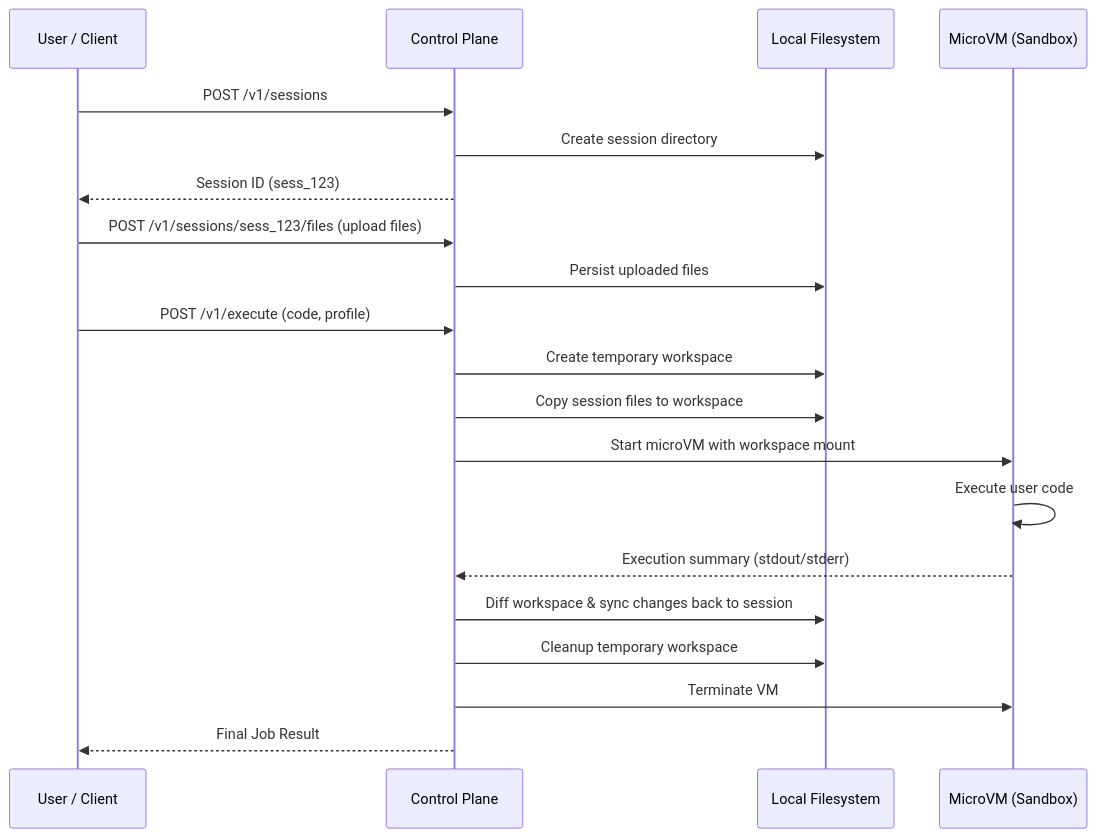
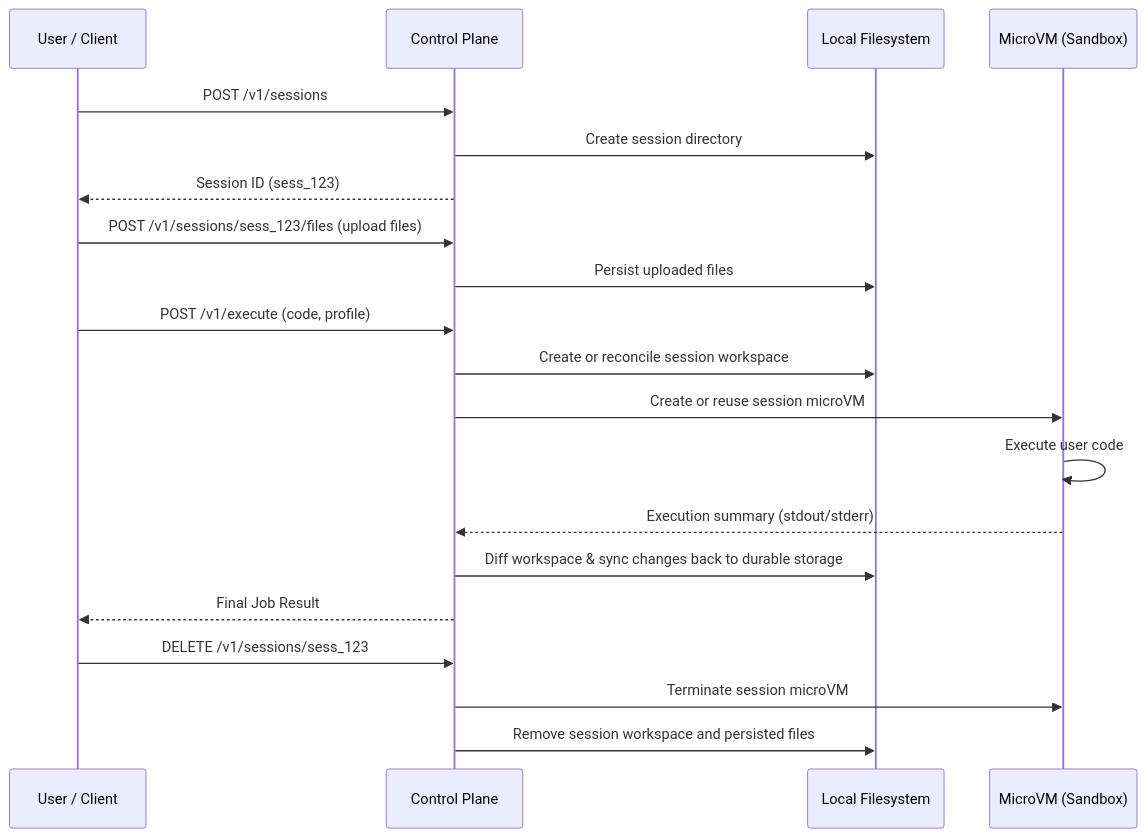
Before and after one commit to Hari31416/deepagents-microsandbox: the second of 2 diagrams in microsandbox-executor/README.md, drawn with Mermaid. The commit also changed other lines of this file and 29 other files, not shown here.

````diff
--- a/microsandbox-executor/README.md
+++ b/microsandbox-executor/README.md
@@ -69,25 +70,26 @@
 ```mermaid
 sequenceDiagram
     participant U as User / Client
     participant S as Control Plane
     participant FS as Local Filesystem
     participant VM as MicroVM (Sandbox)
 
     U->>S: POST /v1/sessions
     S->>FS: Create session directory
     S-->>U: Session ID (sess_123)
 
     U->>S: POST /v1/sessions/sess_123/files (upload files)
     S->>FS: Persist uploaded files
 
     U->>S: POST /v1/execute (code, profile)
-    S->>FS: Create temporary workspace
-    S->>FS: Copy session files to workspace
-    S->>VM: Start microVM with workspace mount
+    S->>FS: Create or reconcile session workspace
+    S->>VM: Create or reuse session microVM
     VM->>VM: Execute user code
     VM-->>S: Execution summary (stdout/stderr)
-    S->>FS: Diff workspace & sync changes back to session
-    S->>FS: Cleanup temporary workspace
-    S->>VM: Terminate VM
+    S->>FS: Diff workspace & sync changes back to durable storage
     S-->>U: Final Job Result
+
+    U->>S: DELETE /v1/sessions/sess_123
+    S->>VM: Terminate session microVM
+    S->>FS: Remove session workspace and persisted files
 ```
````
